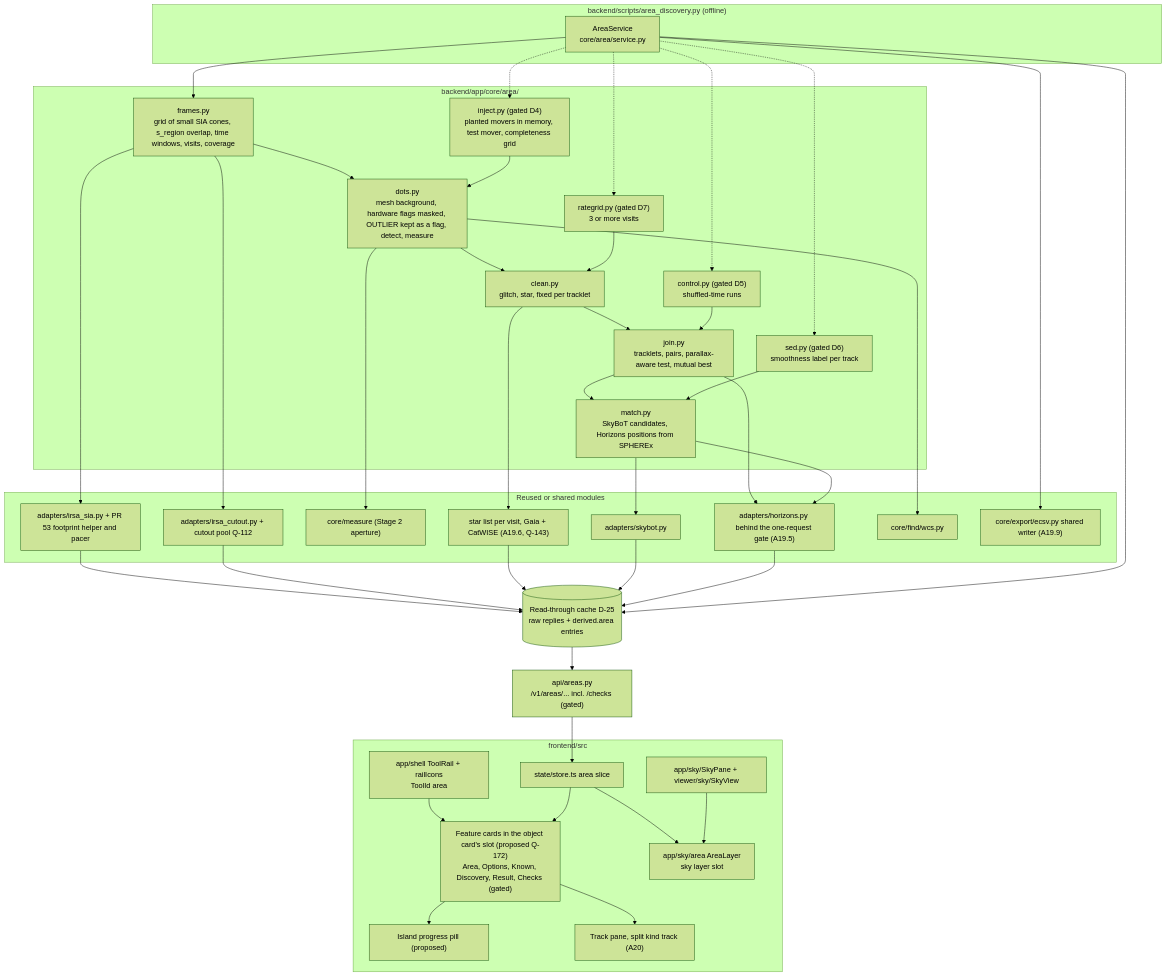
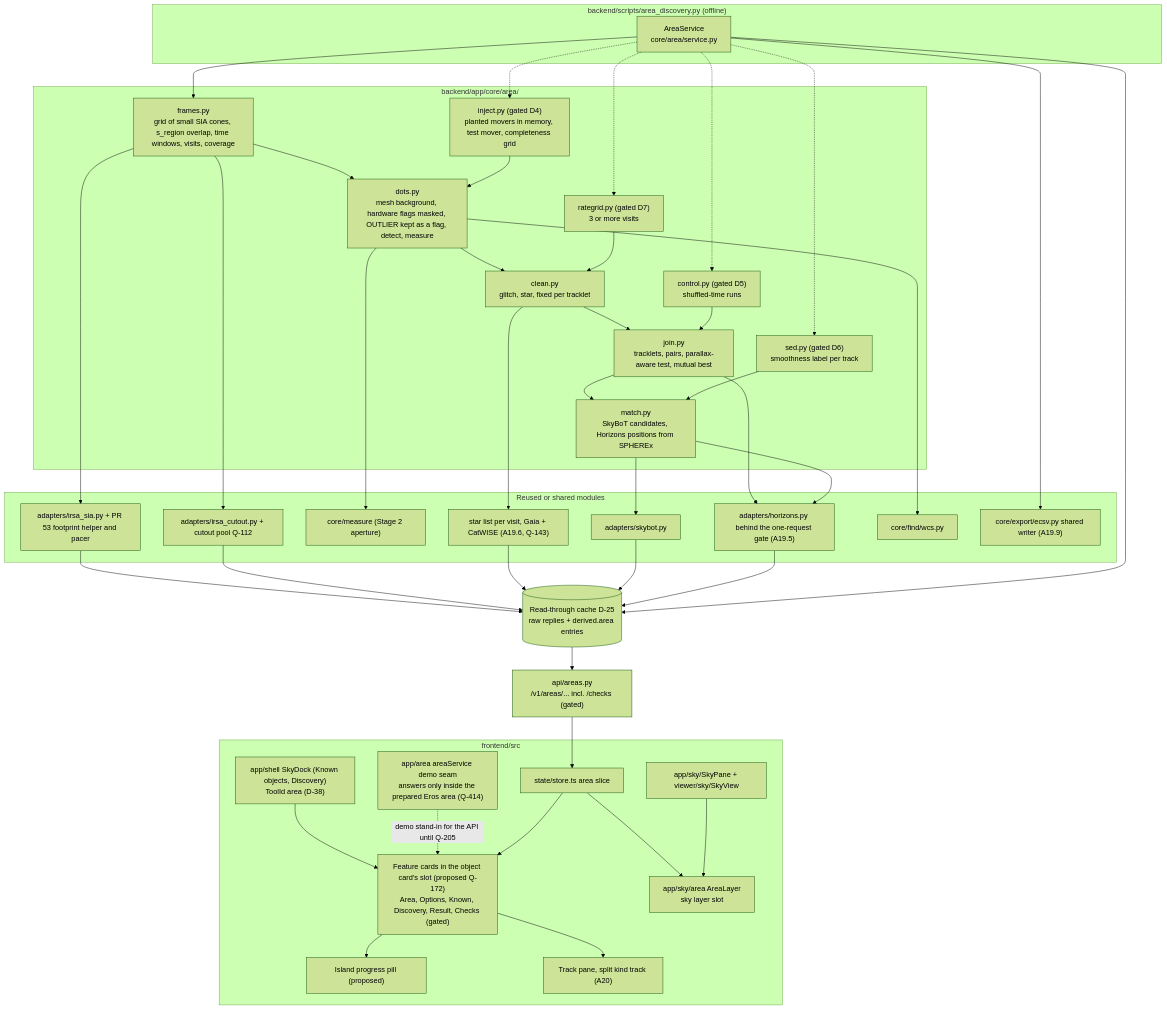
Before and after one commit to 0ffrian/SphereX: the first of 3 diagrams in docs/uml/22-area-search.md, drawn with Mermaid (forest theme). The commit also changed other lines of this file and 42 other files, not shown here.

First line of the commit message:
Address PR #104 review: honesty Show row in Details, area demo limited to Eros, Eros/spectrum provenance, seeded mould, spec sync

````diff
--- a/docs/uml/22-area-search.md
+++ b/docs/uml/22-area-search.md
@@ -7,70 +7,72 @@
 ```mermaid
 flowchart TB
   subgraph Script["backend/scripts/area_discovery.py (offline)"]
     SVC["AreaService<br/>core/area/service.py"]
   end
   subgraph Core["backend/app/core/area/"]
     FRM["frames.py<br/>grid of small SIA cones, s_region overlap, time windows, visits, coverage"]
     DOT["dots.py<br/>mesh background, hardware flags masked, OUTLIER kept as a flag, detect, measure"]
     CLN["clean.py<br/>glitch, star, fixed per tracklet"]
     JON["join.py<br/>tracklets, pairs, parallax-aware test, mutual best"]
     MAT["match.py<br/>SkyBoT candidates, Horizons positions from SPHEREx"]
     INJ["inject.py (gated D4)<br/>planted movers in memory, test mover, completeness grid"]
     CTL["control.py (gated D5)<br/>shuffled-time runs"]
     SED["sed.py (gated D6)<br/>smoothness label per track"]
     RGL["rategrid.py (gated D7)<br/>3 or more visits"]
   end
   subgraph Reused["Reused or shared modules"]
     SIA["adapters/irsa_sia.py + PR 53 footprint helper and pacer"]
     CUT["adapters/irsa_cutout.py + cutout pool Q-112"]
     MEAS["core/measure (Stage 2 aperture)"]
     STAR["star list per visit, Gaia + CatWISE (A19.6, Q-143)"]
     SKB["adapters/skybot.py"]
     HOR["adapters/horizons.py behind the one-request gate (A19.5)"]
     WCS["core/find/wcs.py"]
     ECSV["core/export/ecsv.py shared writer (A19.9)"]
   end
   CACHE[("Read-through cache D-25<br/>raw replies + derived.area entries")]
   API["api/areas.py<br/>/v1/areas/... incl. /checks (gated)"]
   subgraph FE["frontend/src"]
-    RAIL["app/shell ToolRail + railIcons<br/>ToolId area"]
+    RAIL["app/shell SkyDock (Known objects, Discovery)<br/>ToolId area (D-38)"]
+    DEMO["app/area areaService demo seam<br/>answers only inside the prepared Eros area (Q-414)"]
     CARDS["Feature cards in the object card's slot (proposed Q-172)<br/>Area, Options, Known, Discovery, Result, Checks (gated)"]
     ISL["Island progress pill (proposed)"]
     LAYER["app/sky/area AreaLayer<br/>sky layer slot"]
     STORE["state/store.ts area slice"]
     TRK["Track pane, split kind track (A20)"]
     SKY["app/sky/SkyPane + viewer/sky/SkyView"]
   end
   SVC --> FRM --> DOT --> CLN --> JON --> MAT
   SVC --> ECSV
   SVC -.-> INJ
   SVC -.-> CTL
   SVC -.-> SED
   SVC -.-> RGL
   INJ --> DOT
   CTL --> JON
   RGL --> CLN
   SED --> MAT
   FRM --> SIA
   FRM --> CUT
   DOT --> WCS
   DOT --> MEAS
   CLN --> STAR
   JON --> HOR
   MAT --> SKB
   MAT --> HOR
   SIA --> CACHE
   CUT --> CACHE
   STAR --> CACHE
   SKB --> CACHE
   HOR --> CACHE
   SVC --> CACHE
   CACHE --> API
   API --> STORE
   RAIL --> CARDS
+  DEMO -.->|"demo stand-in for the API until Q-205"| CARDS
   STORE --> CARDS
   CARDS --> ISL
   STORE --> LAYER
   SKY --> LAYER
   CARDS --> TRK
 ```
````
